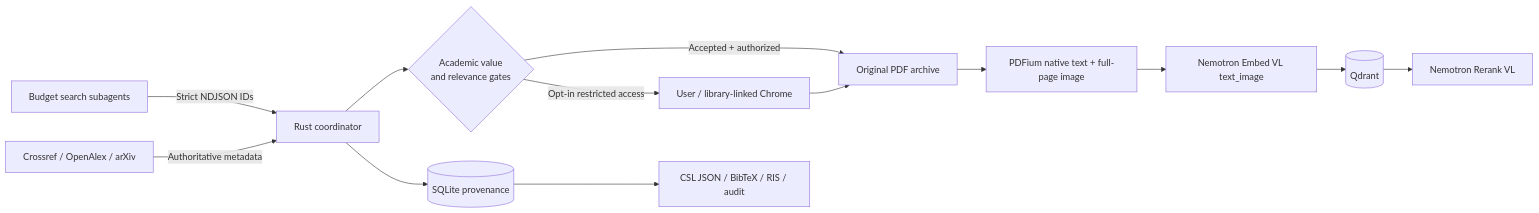
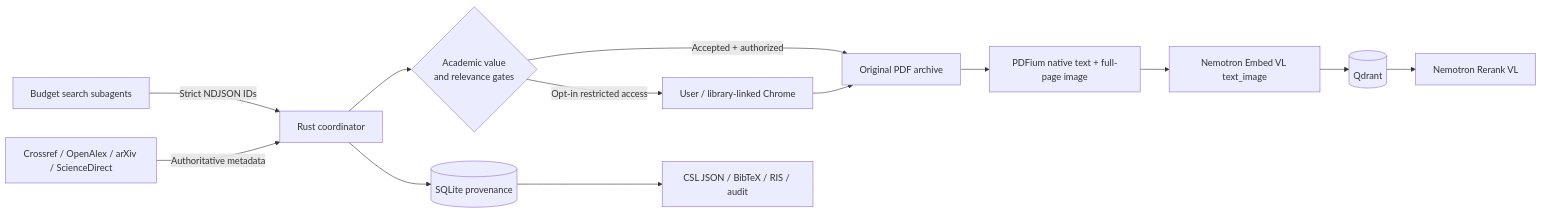
The diagram in README.md (Ruisi-Lu/academic-literature-mining-skill), drawn with Mermaid before and after one commit. The commit also changed other lines of this file and 6 other files, not shown here.

Commit message:
docs(skill): guide ScienceDirect abstract enrichment

````diff
--- a/README.md
+++ b/README.md
@@ -39,15 +41,15 @@
 ```mermaid
 flowchart LR
     A[Budget search subagents] -->|Strict NDJSON IDs| B[Rust coordinator]
-    C[Crossref / OpenAlex / arXiv] -->|Authoritative metadata| B
+    C[Crossref / OpenAlex / arXiv / ScienceDirect] -->|Authoritative metadata| B
     B --> D{Academic value<br/>and relevance gates}
     D -->|Accepted + authorized| E[Original PDF archive]
     D -->|Opt-in restricted access| M[User / library-linked Chrome]
     M --> E
     E --> F[PDFium native text + full-page image]
     F --> G[Nemotron Embed VL text_image]
     G --> H[(Qdrant)]
     H --> I[Nemotron Rerank VL]
     B --> J[(SQLite provenance)]
     J --> K[CSL JSON / BibTeX / RIS / audit]
 ```
````
